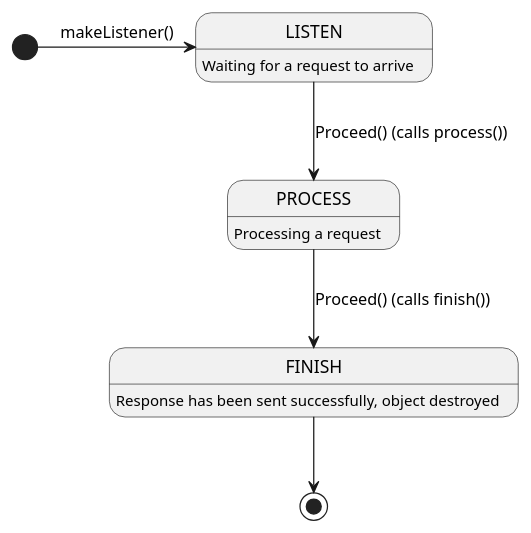
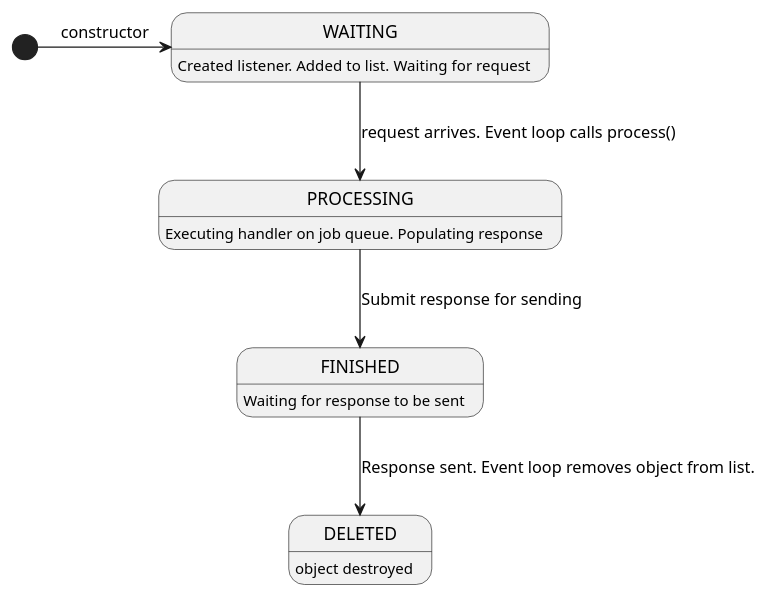
One commit to cjcobb23/grpcRippledDesign changed the diagram in design/calldata_state.plantuml. Above: the diagram before and after it, drawn with PlantUML. The commit also changed 2 other files, not shown here.

Commit message:
update calldata object

```diff
--- a/design/calldata_state.plantuml
+++ b/design/calldata_state.plantuml
@@ -1,9 +1,10 @@
 @startuml
-[*] -> LISTEN : makeListener()
-LISTEN : Waiting for a request to arrive
-LISTEN --> PROCESS : Proceed() (calls process())
-PROCESS : Processing a request
-PROCESS --> FINISH : Proceed() (calls finish())
-FINISH : Response has been sent successfully, object destroyed
-FINISH --> [*]
+[*] -> WAITING : constructor
+WAITING : Created listener. Added to list. Waiting for request
+WAITING --> PROCESSING : request arrives. Event loop calls process()
+PROCESSING : Executing handler on job queue. Populating response
+PROCESSING --> FINISHED : Submit response for sending
+FINISHED : Waiting for response to be sent
+FINISHED --> DELETED : Response sent. Event loop removes object from list.
+DELETED : object destroyed
 @enduml
```
